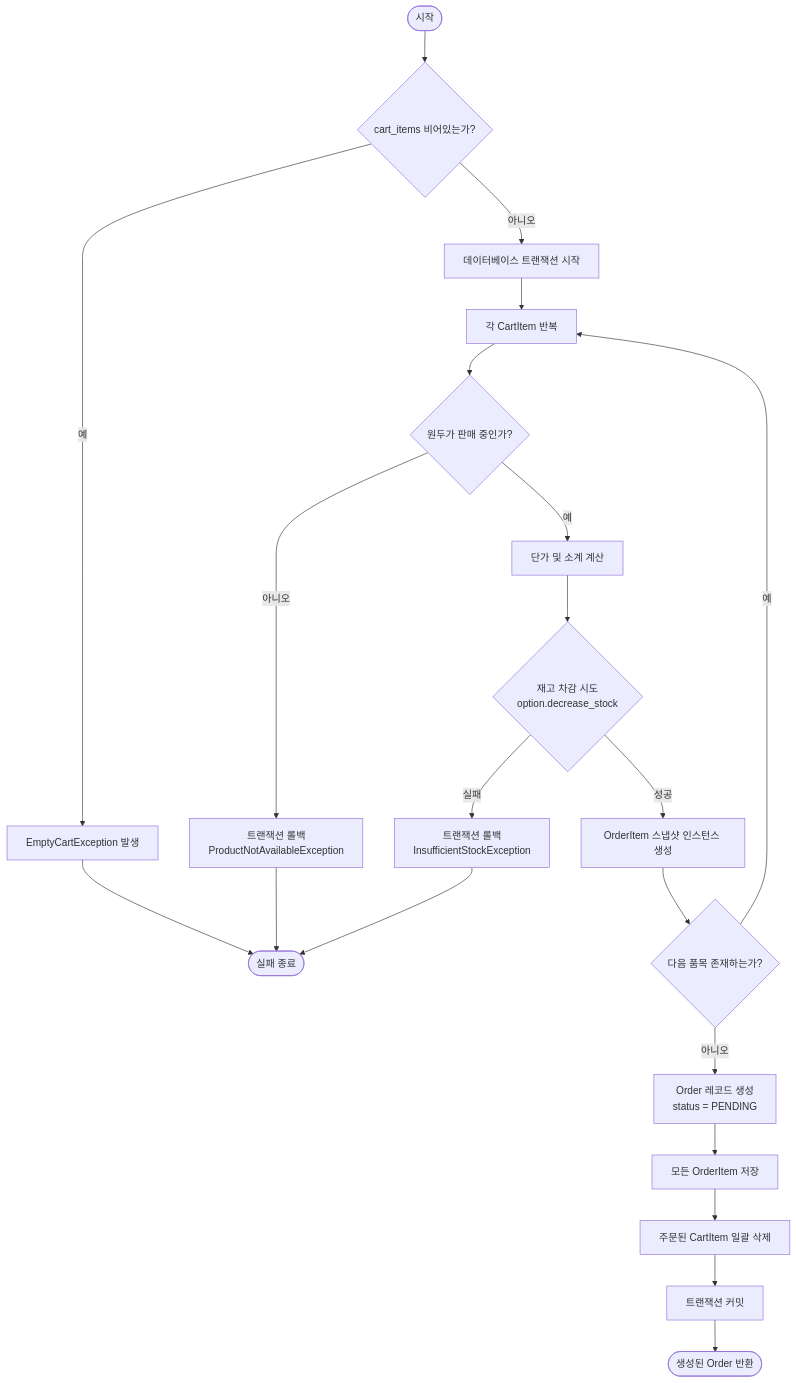
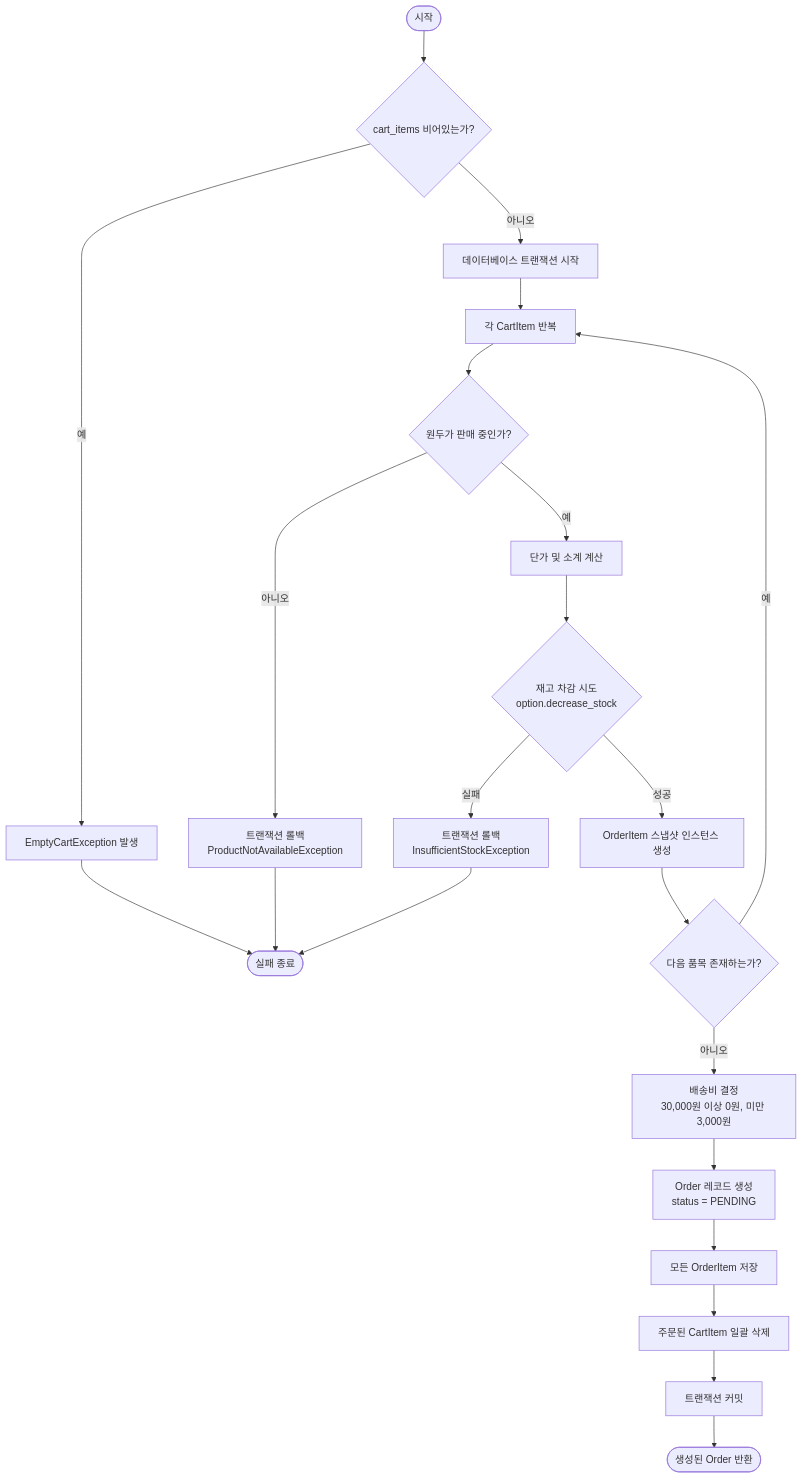
One commit to seren-wib/coffee-shop changed the first of 2 diagrams in docs/backend/method-algorithms.md. Above: the diagram before and after it, drawn with Mermaid. The commit also changed other lines of this file and 3 other files, not shown here.

First line of the commit message:
docs(backend): define shipping fee, order number, and payment rules

````diff
--- a/docs/backend/method-algorithms.md
+++ b/docs/backend/method-algorithms.md
@@ -56,23 +56,24 @@
 ```mermaid
 flowchart TD
     Start([시작]) --> CheckEmpty{cart_items 비어있는가?}
     CheckEmpty -- 예 --> RaiseEmpty[EmptyCartException 발생] --> EndFail([실패 종료])
     CheckEmpty -- 아니오 --> BeginTx[데이터베이스 트랜잭션 시작]
     
     BeginTx --> LoopItems[각 CartItem 반복]
     LoopItems --> CheckSale{원두가 판매 중인가?}
     CheckSale -- 아니오 --> RollbackSale[트랜잭션 롤백<br>ProductNotAvailableException] --> EndFail
     CheckSale -- 예 --> CalcPrice[단가 및 소계 계산]
     CalcPrice --> TryDecrease{재고 차감 시도<br>option.decrease_stock}
     
     TryDecrease -- 실패 --> Rollback[트랜잭션 롤백<br>InsufficientStockException] --> EndFail
     TryDecrease -- 성공 --> CreateOI[OrderItem 스냅샷 인스턴스 생성]
     CreateOI --> HasMore{다음 품목 존재하는가?}
     
     HasMore -- 예 --> LoopItems
-    HasMore -- 아니오 --> CreateOrder[Order 레코드 생성<br>status = PENDING]
+    HasMore -- 아니오 --> CalcFee[배송비 결정<br>30,000원 이상 0원, 미만 3,000원]
+    CalcFee --> CreateOrder[Order 레코드 생성<br>status = PENDING]
     CreateOrder --> SaveOIs[모든 OrderItem 저장]
     SaveOIs --> DeleteCart[주문된 CartItem 일괄 삭제]
     DeleteCart --> CommitTx[트랜잭션 커밋]
     CommitTx --> ReturnOrder([생성된 Order 반환])
 ```
````
